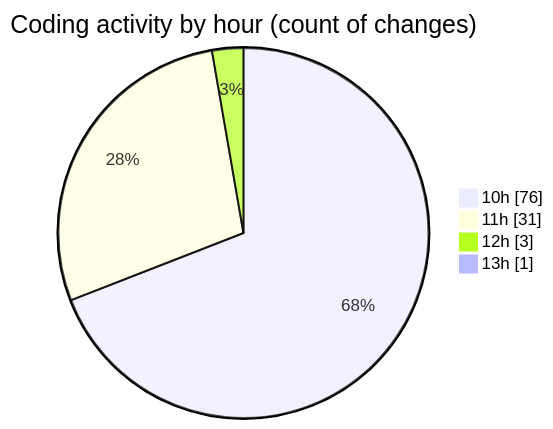
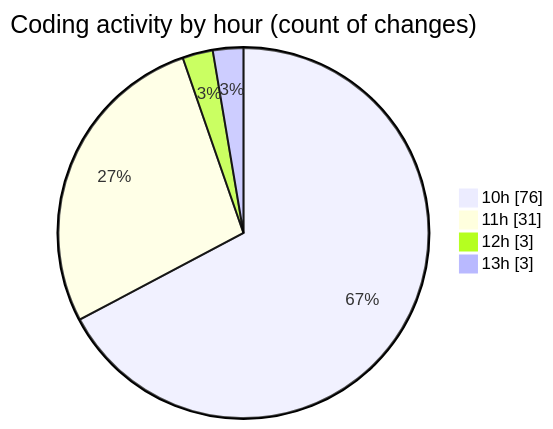
The second of 2 diagrams in 2025-08-18/vps-v1/README.md (lephambinh05/code-tracking), drawn with Mermaid before and after one commit. The commit also changed other lines of this file and 1 other file, not shown here.

````diff
--- a/2025-08-18/vps-v1/README.md
+++ b/2025-08-18/vps-v1/README.md
@@ -92,8 +92,8 @@
 ```mermaid
 pie showData
 title Coding activity by hour (count of changes)
 "10h" : 76
 "11h" : 31
 "12h" : 3
-"13h" : 1
+"13h" : 3
 ```
````
